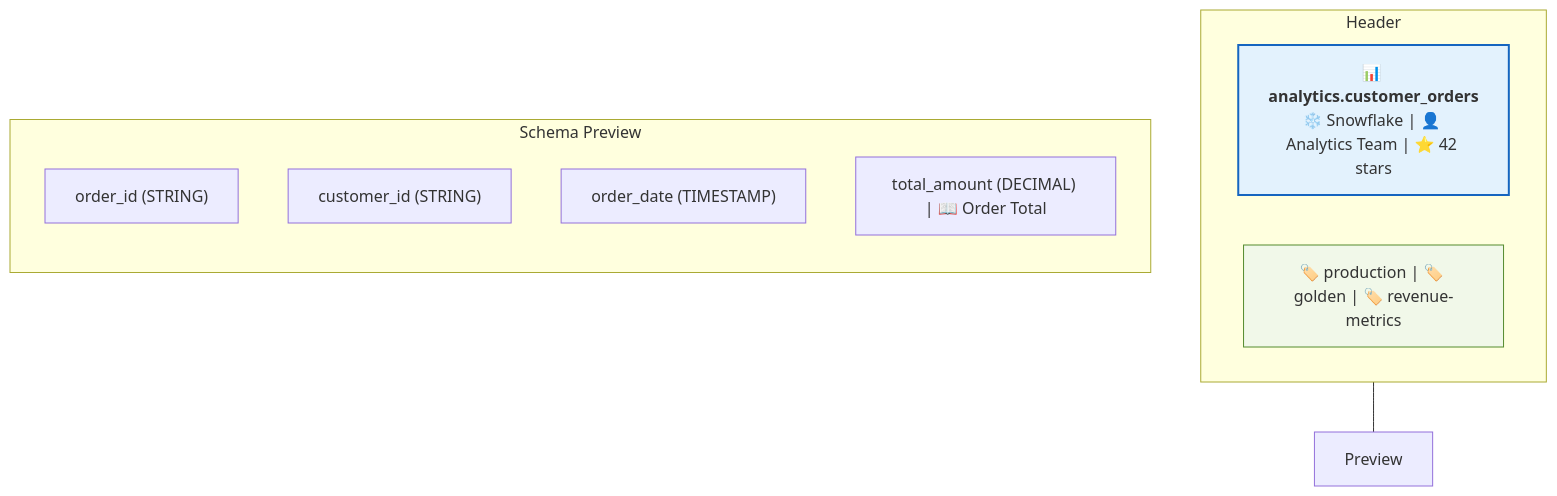
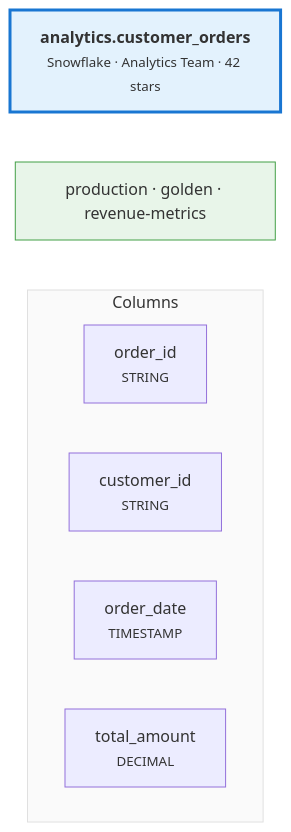
One commit to karan0207/datahub changed the fourth of 8 diagrams in docs/tutorial-basics/ui-tour.md. Above: the diagram before and after it, drawn with Mermaid. The commit also changed other lines of this file and 7 other files, not shown here.

Commit message:
feat: updated graph chart

````diff
--- a/docs/tutorial-basics/ui-tour.md
+++ b/docs/tutorial-basics/ui-tour.md
@@ -119,20 +100,20 @@
 ```mermaid
-graph TD
-    subgraph Header
-        Title["📊 <b>analytics.customer_orders</b><br/>❄️ Snowflake | 👤 Analytics Team | ⭐ 42 stars"]
-        Tags["🏷️ production | 🏷️ golden | 🏷️ revenue-metrics"]
+flowchart TB
+    Title["<b>analytics.customer_orders</b><br/><small>Snowflake · Analytics Team · 42 stars</small>"]
+    Tags["production · golden · revenue-metrics"]
+    
+    subgraph COLS[Columns]
+        direction LR
+        C1["order_id<br/><small>STRING</small>"]
+        C2["customer_id<br/><small>STRING</small>"]
+        C3["order_date<br/><small>TIMESTAMP</small>"]
+        C4["total_amount<br/><small>DECIMAL</small>"]
     end
 
-    subgraph "Schema Preview"
-        direction TB
-        C1["order_id (STRING)"]
-        C2["customer_id (STRING)"]
-        C3["order_date (TIMESTAMP)"]
-        C4["total_amount (DECIMAL) | 📖 Order Total"]
-    end
+    Title ~~~ Tags
+    Tags ~~~ COLS
 
-    Header --- Preview
-    
-    style Title fill:#e3f2fd,stroke:#1565c0,stroke-width:2px
-    style Tags fill:#f1f8e9,stroke:#558b2f
+    style Title fill:#e3f2fd,stroke:#1976d2,stroke-width:3px
+    style Tags fill:#e8f5e9,stroke:#43a047
+    style COLS fill:#fafafa,stroke:#e0e0e0
 ```
````
